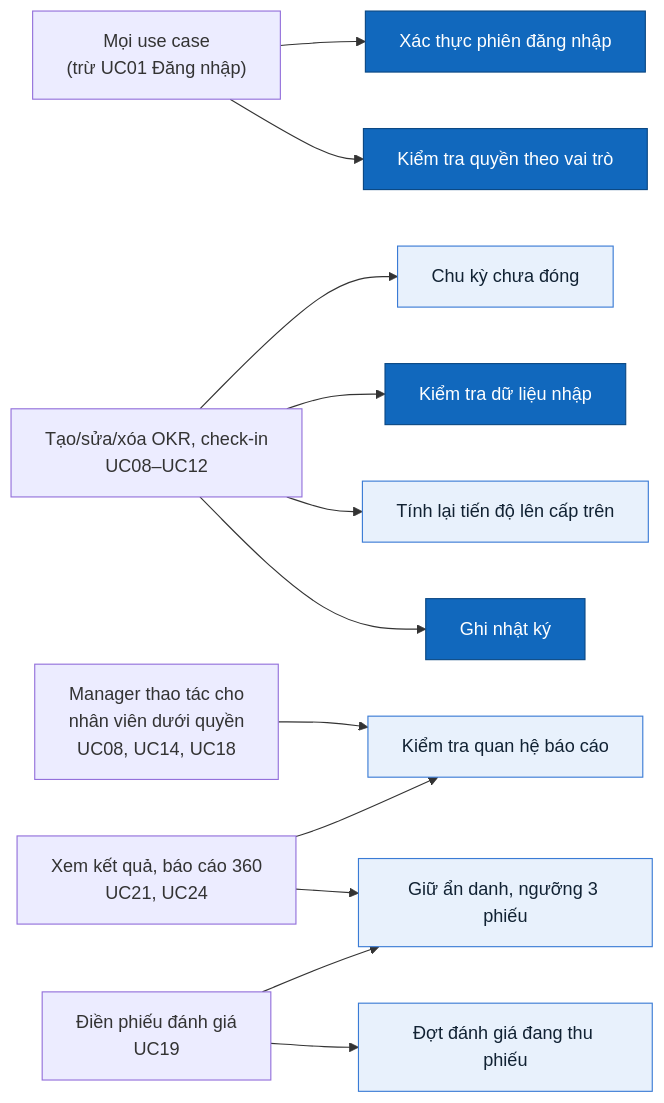
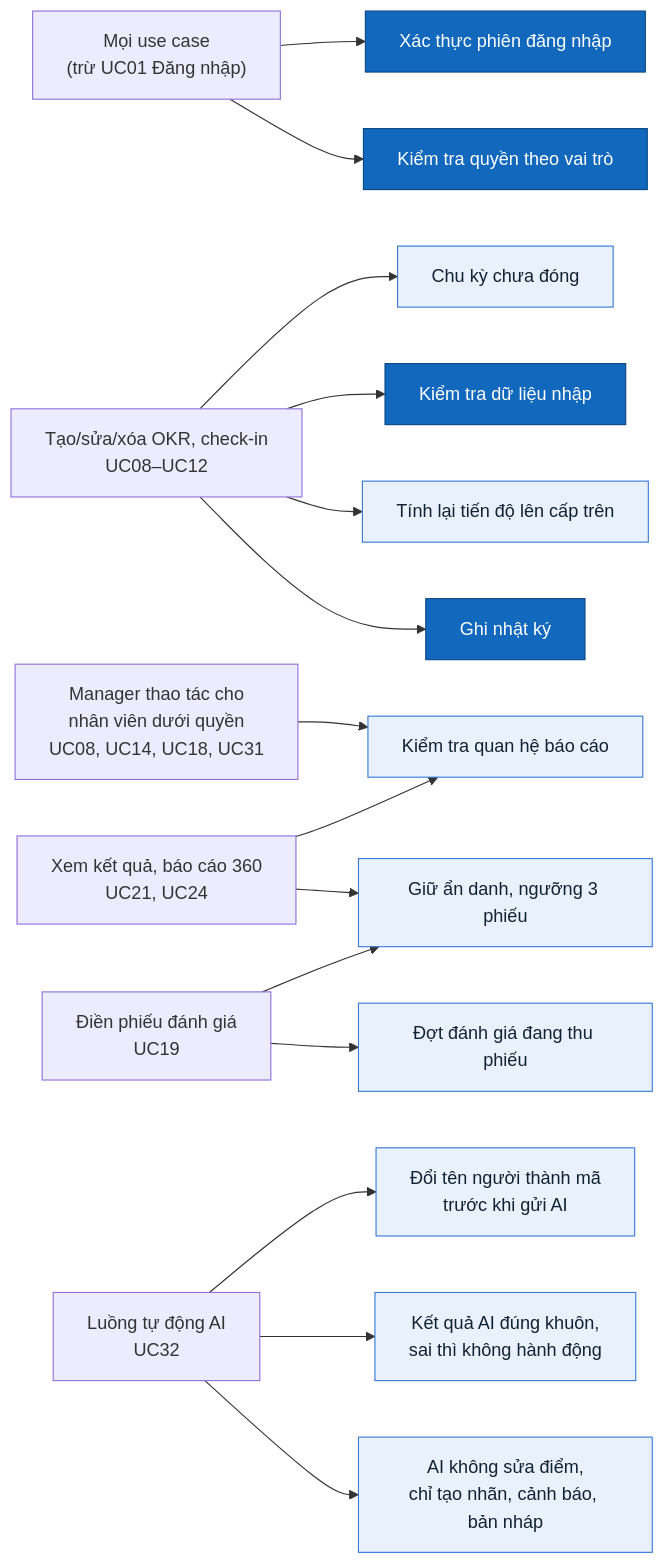
Before and after one commit to Akaza-ban/OCK-360: the fourth of 4 diagrams in docs/03-use-cases.md, drawn with Mermaid. The commit also changed other lines of this file and 74 other files, not shown here.

First line of the commit message:
docs, db, frontend: add AI automation design, database schema and step ownership

````diff
--- a/docs/03-use-cases.md
+++ b/docs/03-use-cases.md
@@ -158,27 +183,32 @@
 ```mermaid
 flowchart LR
     any["Mọi use case<br/>(trừ UC01 Đăng nhập)"]
     okr["Tạo/sửa/xóa OKR, check-in<br/>UC08–UC12"]
-    mgrAct["Manager thao tác cho<br/>nhân viên dưới quyền<br/>UC08, UC14, UC18"]
+    mgrAct["Manager thao tác cho<br/>nhân viên dưới quyền<br/>UC08, UC14, UC18, UC31"]
     result["Xem kết quả, báo cáo 360<br/>UC21, UC24"]
     review["Điền phiếu đánh giá<br/>UC19"]
+    aiflow["Luồng tự động AI<br/>UC32"]
 
     auth["Xác thực phiên đăng nhập"]:::shared
     rbac["Kiểm tra quyền theo vai trò"]:::shared
     cycle["Chu kỳ chưa đóng"]:::rule
     validate["Kiểm tra dữ liệu nhập"]:::shared
     rollup["Tính lại tiến độ lên cấp trên"]:::rule
     audit["Ghi nhật ký"]:::shared
     scope["Kiểm tra quan hệ báo cáo"]:::rule
     anon["Giữ ẩn danh, ngưỡng 3 phiếu"]:::rule
     campaign["Đợt đánh giá đang thu phiếu"]:::rule
+    pseudo["Đổi tên người thành mã<br/>trước khi gửi AI"]:::rule
+    schema["Kết quả AI đúng khuôn,<br/>sai thì không hành động"]:::rule
+    readonly["AI không sửa điểm,<br/>chỉ tạo nhãn, cảnh báo, bản nháp"]:::rule
 
     any --> auth & rbac
     okr --> cycle & validate & rollup & audit
     mgrAct --> scope
     result --> scope & anon
     review --> anon & campaign
+    aiflow --> pseudo & schema & readonly
 
     classDef shared fill:#1168bd,color:#fff,stroke:#0b4884
     classDef rule fill:#e8f1fc,color:#123,stroke:#3a7bd5
 ```
````
